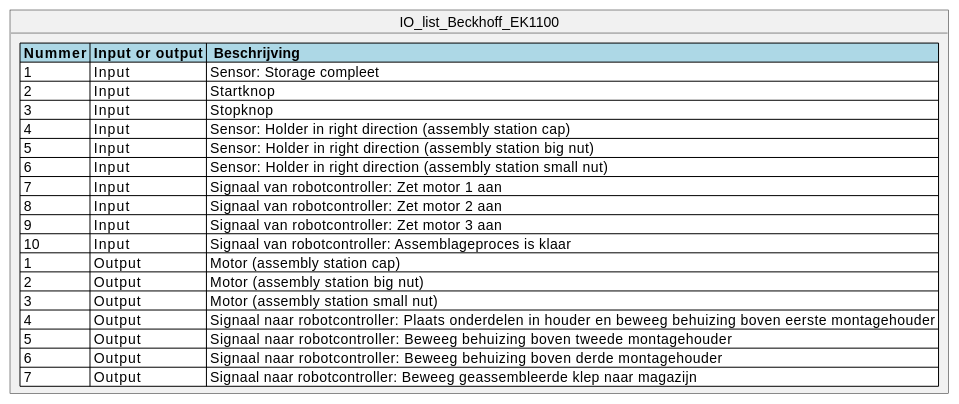
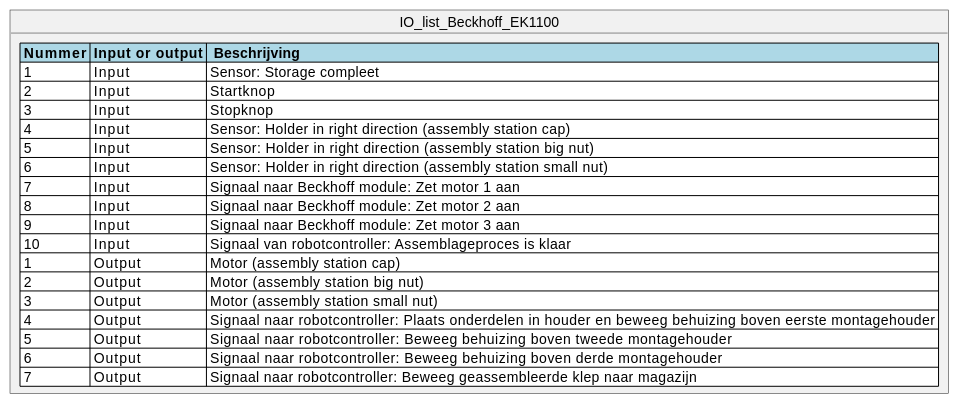
Before and after one commit to Timon14kraan/Project-Proces-and-Safety: the third of 3 diagrams in src/Connections.md, drawn with PlantUML. The commit also changed 2 other files, not shown here.

Commit message:
aanpassingen tekst io list

````diff
--- a/src/Connections.md
+++ b/src/Connections.md
@@ -59,26 +59,26 @@
 ```plantuml
 @startuml
 
 object IO_list_Beckhoff_EK1100 {
   <#lightblue,#black>|= Nummer |= Input or output |=  Beschrijving |
   <#white>| 1 | Input | Sensor: Storage compleet |
   <#white>| 2 | Input | Startknop |
   <#white>| 3 | Input | Stopknop |
   <#white>| 4 | Input | Sensor: Holder in right direction (assembly station cap) |
   <#white>| 5 | Input | Sensor: Holder in right direction (assembly station big nut) | 
   <#white>| 6 | Input | Sensor: Holder in right direction (assembly station small nut) |
-  <#white>| 7 | Input | Signaal van robotcontroller: Zet motor 1 aan |
-  <#white>| 8 | Input | Signaal van robotcontroller: Zet motor 2 aan |
-  <#white>| 9 | Input | Signaal van robotcontroller: Zet motor 3 aan |
+  <#white>| 7 | Input | Signaal naar Beckhoff module: Zet motor 1 aan |
+  <#white>| 8 | Input | Signaal naar Beckhoff module: Zet motor 2 aan |
+  <#white>| 9 | Input | Signaal naar Beckhoff module: Zet motor 3 aan |
   <#white>| 10 | Input | Signaal van robotcontroller: Assemblageproces is klaar |  
   <#white>| 1 | Output | Motor (assembly station cap) | 
   <#white>| 2 | Output | Motor (assembly station big nut) |
   <#white>| 3 | Output | Motor (assembly station small nut) |
   <#white>| 4 | Output | Signaal naar robotcontroller: Plaats onderdelen in houder en beweeg behuizing boven eerste montagehouder |
   <#white>| 5 | Output | Signaal naar robotcontroller: Beweeg behuizing boven tweede montagehouder |
   <#white>| 6 | Output | Signaal naar robotcontroller: Beweeg behuizing boven derde montagehouder |
   <#white>| 7 | Output | Signaal naar robotcontroller: Beweeg geassembleerde klep naar magazijn |
 
 }
 @endulm
 ```
````
